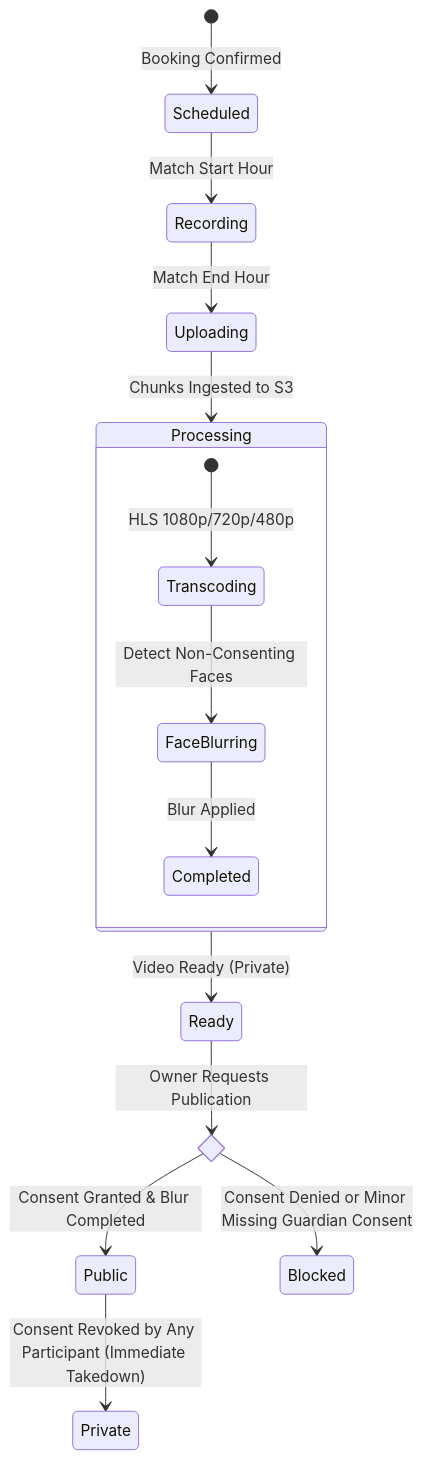
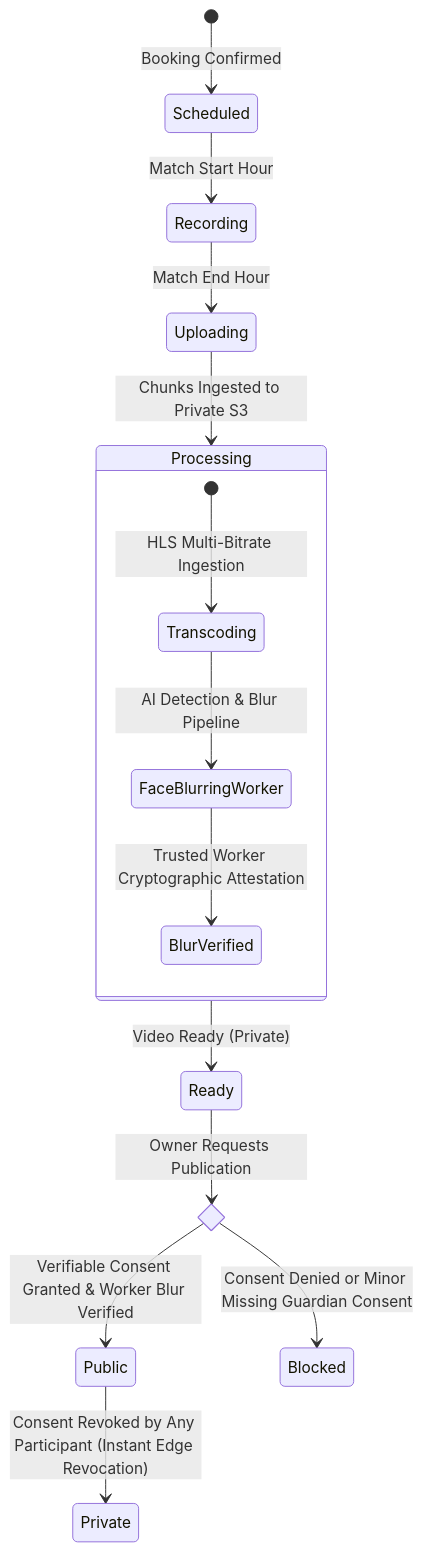
The fourth of 6 diagrams in BACKEND_ARCHITECTURE.md (zemuumez/smartify-stadiums-frontend), drawn with Mermaid before and after one commit. The commit also changed other lines of this file, not shown here.

Commit message:
docs: resolve media consent revocation, playback token invalidation, and worker authority

````diff
--- a/BACKEND_ARCHITECTURE.md
+++ b/BACKEND_ARCHITECTURE.md
@@ -1261,23 +1261,23 @@
 ```mermaid
 stateDiagram-v2
     [*] --> Scheduled: Booking Confirmed
     Scheduled --> Recording: Match Start Hour
     Recording --> Uploading: Match End Hour
-    Uploading --> Processing: Chunks Ingested to S3
+    Uploading --> Processing: Chunks Ingested to Private S3
     
     state Processing {
-        [*] --> Transcoding: HLS 1080p/720p/480p
-        Transcoding --> FaceBlurring: Detect Non-Consenting Faces
-        FaceBlurring --> Completed: Blur Applied
+        [*] --> Transcoding: HLS Multi-Bitrate Ingestion
+        Transcoding --> FaceBlurringWorker: AI Detection & Blur Pipeline
+        FaceBlurringWorker --> BlurVerified: Trusted Worker Cryptographic Attestation
     }
     
     Processing --> Ready: Video Ready (Private)
     
     state ConsentGate <<choice>>
     Ready --> ConsentGate: Owner Requests Publication
     
-    ConsentGate --> Public: Consent Granted & Blur Completed
+    ConsentGate --> Public: Verifiable Consent Granted & Worker Blur Verified
     ConsentGate --> Blocked: Consent Denied or Minor Missing Guardian Consent
     
-    Public --> Private: Consent Revoked by Any Participant (Immediate Takedown)
+    Public --> Private: Consent Revoked by Any Participant (Instant Edge Revocation)
 ```
````
